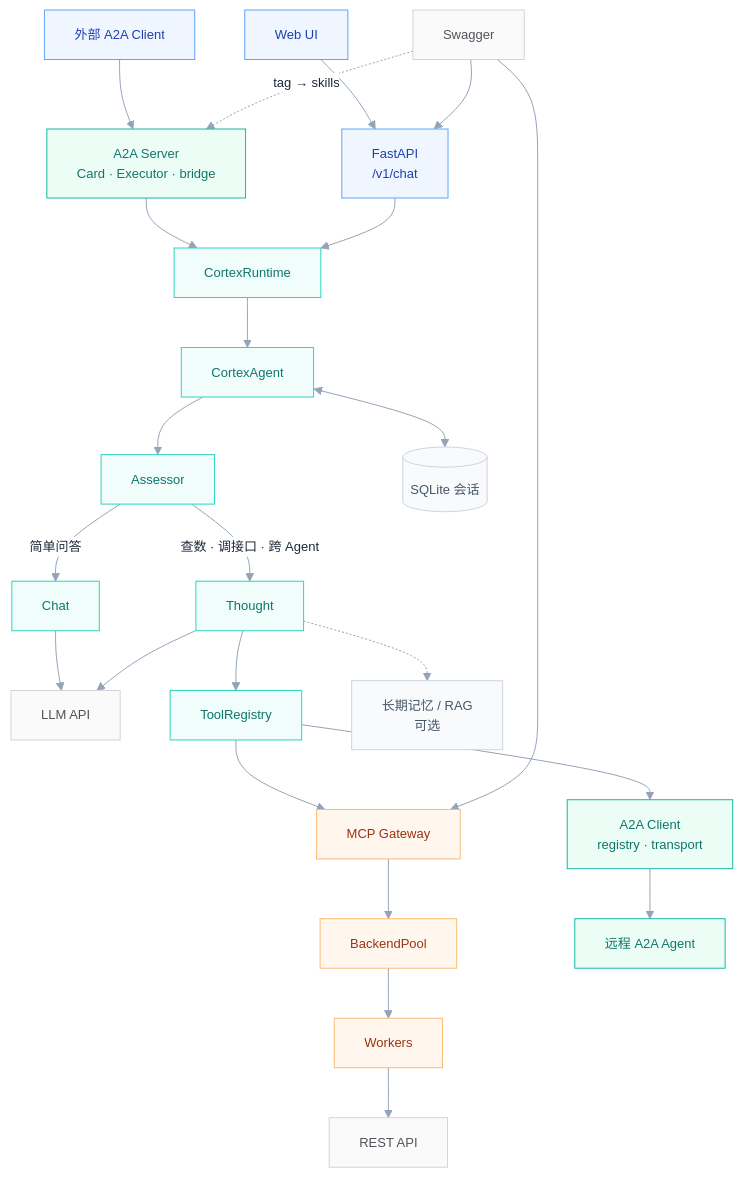
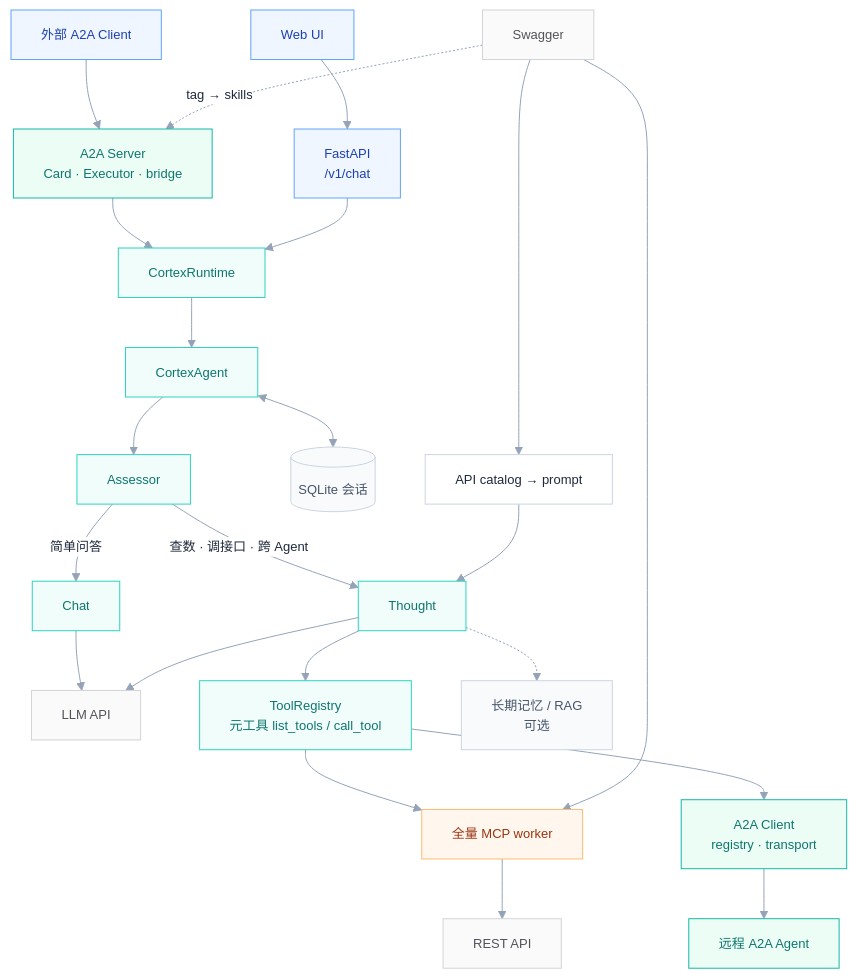
The second of 4 diagrams in docs/Hubloom总体架构图.md (Zhong-y-j/Hubloom), drawn with Mermaid before and after one commit. The commit also changed 19 other files, not shown here.

First line of the commit message:
refactor(mcp): 移除按 tag 的网关进程池，仅保留全量 worker

````diff
--- a/docs/Hubloom总体架构图.md
+++ b/docs/Hubloom总体架构图.md
@@ -67,39 +67,40 @@
 ```mermaid
 %%{init: {"theme":"base","themeVariables":{"background":"#ffffff","primaryColor":"#ffffff","primaryBorderColor":"#cbd5e1","primaryTextColor":"#1e293b","lineColor":"#94a3b8","fontSize":"13px"}}}%%
 flowchart TB
     UI["Web UI"] --> API["FastAPI<br/>/v1/chat"]
     EXT["外部 A2A Client"] --> A2AS["A2A Server<br/>Card · Executor · bridge"]
     A2AS --> RT
     API --> RT["CortexRuntime"] --> AG["CortexAgent"] --> AS["Assessor"]
 
     AS -->|简单问答| CH["Chat"]
     AS -->|查数 · 调接口 · 跨 Agent| TH["Thought"]
 
     CH --> LLM["LLM API"]
     TH --> LLM
 
-    TH --> TOOLS["ToolRegistry"]
-    TOOLS --> GW["MCP Gateway"] --> POOL["BackendPool"] --> WK["Workers"] --> REST["REST API"]
+    TH --> TOOLS["ToolRegistry<br/>元工具 list_tools / call_tool"]
+    TOOLS --> WK["全量 MCP worker"] --> REST["REST API"]
     TOOLS --> A2AC["A2A Client<br/>registry · transport"] --> RA["远程 A2A Agent"]
 
     AG <--> SQL[("SQLite 会话")]
     TH -.-> MEM["长期记忆 / RAG<br/>可选"]
 
-    SW["Swagger"] --> API
-    SW --> GW
+    SW["Swagger"] --> CAT["API catalog → prompt"]
+    SW --> WK
+    CAT --> TH
     SW -.->|"tag → skills"| A2AS
 
     classDef entry fill:#eff6ff,stroke:#60a5fa,color:#1e40af
     classDef orch fill:#f0fdfa,stroke:#2dd4bf,color:#0f766e
     classDef mcp fill:#fff7ed,stroke:#fdba74,color:#9a3412
     classDef a2a fill:#ecfdf5,stroke:#14b8a6,color:#0f766e
     classDef store fill:#f8fafc,stroke:#cbd5e1,color:#475569
     classDef ext fill:#fafafa,stroke:#d4d4d8,color:#52525b
 
     class UI,API,EXT entry
     class RT,AG,AS,CH,TH,TOOLS orch
     class GW,POOL,WK mcp
     class A2AS,A2AC,RA a2a
     class SQL,MEM store
     class LLM,SW,REST ext
 ```
````
